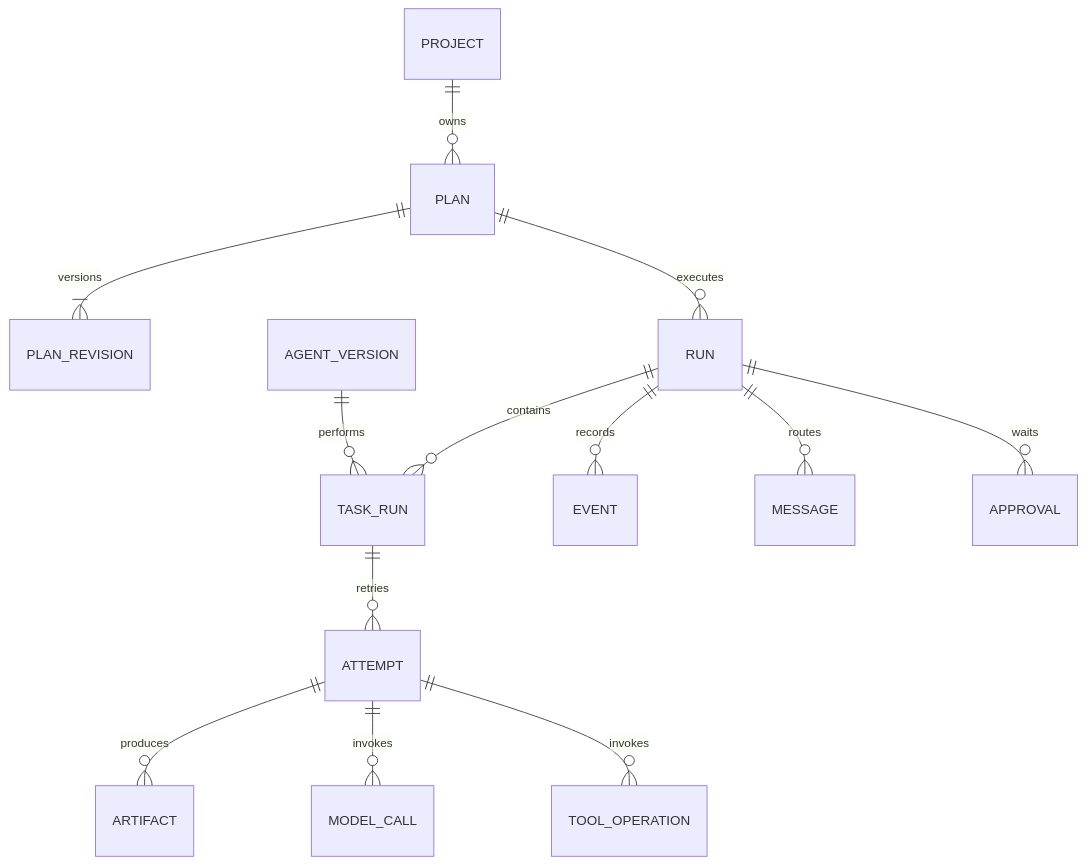
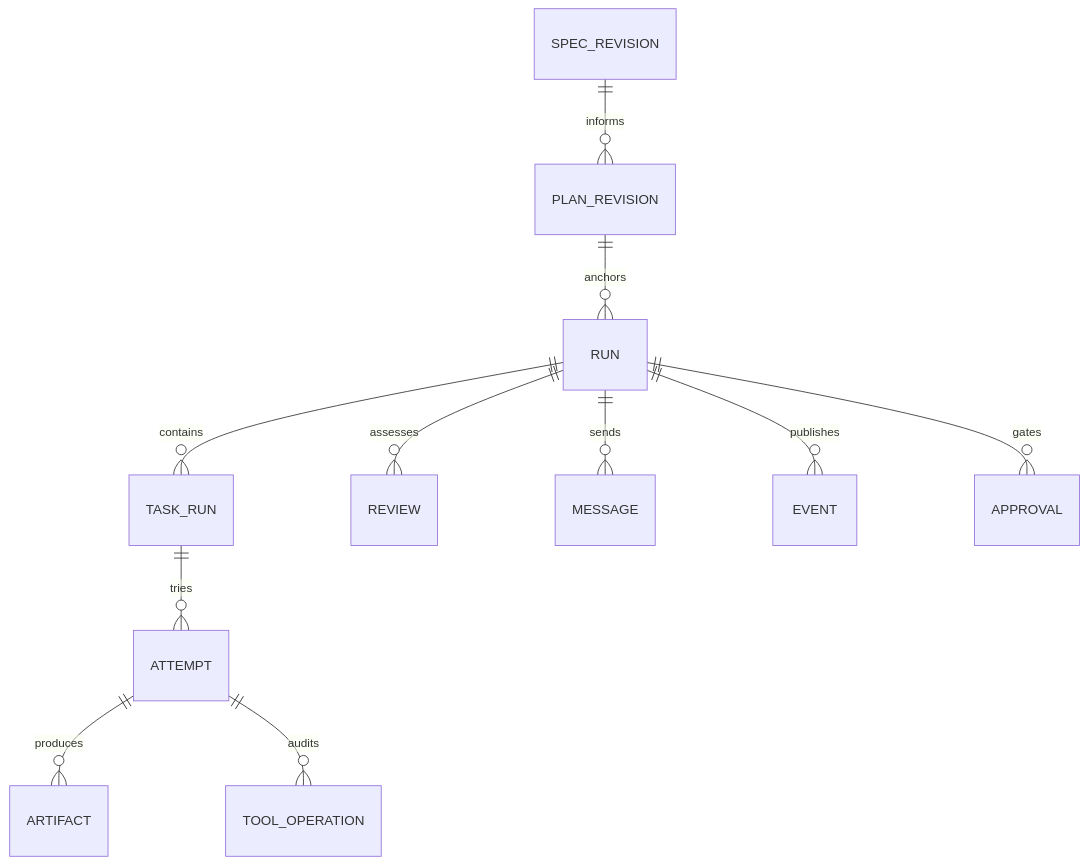
The diagram in docs/architecture/DATABASE_DESIGN.md (cocoliler/SE-lib), drawn with Mermaid before and after one commit. The commit also changed other lines of this file and 26 other files, not shown here.

Commit message:
docs: 更新 FlowStudio v3 设计与选课验收方案

````diff
--- a/docs/architecture/DATABASE_DESIGN.md
+++ b/docs/architecture/DATABASE_DESIGN.md
@@ -22,15 +19,13 @@
 ```mermaid
 erDiagram
- PROJECT ||--o{ PLAN : owns
- PLAN ||--|{ PLAN_REVISION : versions
- PLAN ||--o{ RUN : executes
+ SPEC_REVISION ||--o{ PLAN_REVISION : informs
+ PLAN_REVISION ||--o{ RUN : anchors
  RUN ||--o{ TASK_RUN : contains
- AGENT_VERSION ||--o{ TASK_RUN : performs
- TASK_RUN ||--o{ ATTEMPT : retries
+ TASK_RUN ||--o{ ATTEMPT : tries
  ATTEMPT ||--o{ ARTIFACT : produces
- ATTEMPT ||--o{ MODEL_CALL : invokes
- ATTEMPT ||--o{ TOOL_OPERATION : invokes
- RUN ||--o{ EVENT : records
- RUN ||--o{ MESSAGE : routes
- RUN ||--o{ APPROVAL : waits
+ ATTEMPT ||--o{ TOOL_OPERATION : audits
+ RUN ||--o{ REVIEW : assesses
+ RUN ||--o{ MESSAGE : sends
+ RUN ||--o{ EVENT : publishes
+ RUN ||--o{ APPROVAL : gates
 ```
````
